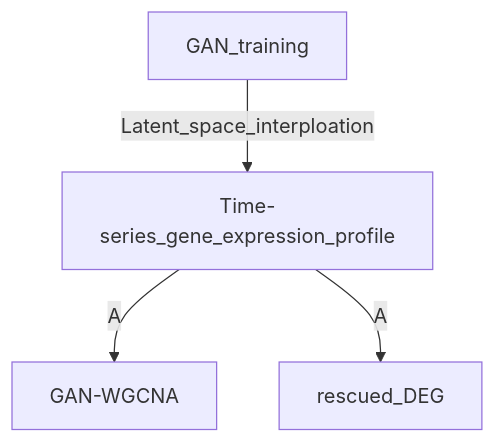
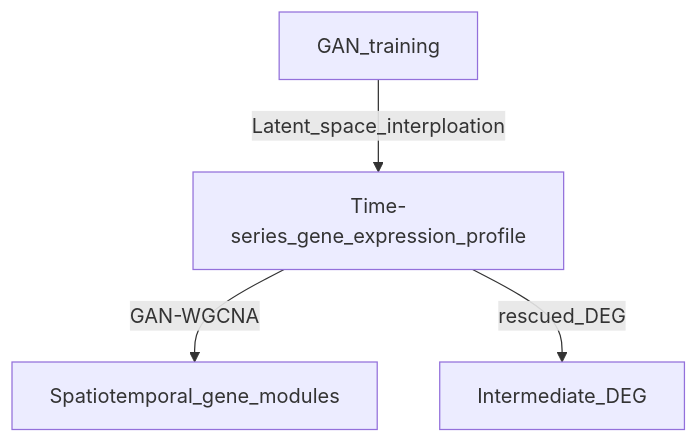
Before and after one commit to baicalin/GAN-WGCNA: the diagram in README.md, drawn with Mermaid.

````diff
--- a/README.md
+++ b/README.md
@@ -6,7 +6,7 @@
 ```mermaid
 graph TD;
     GAN_training -- Latent_space_interploation --> Time-series_gene_expression_profile;
-    Time-series_gene_expression_profile -- A --> GAN-WGCNA;
-    Time-series_gene_expression_profile -- A --> rescued_DEG;
+    Time-series_gene_expression_profile -- GAN-WGCNA --> Spatiotemporal_gene_modules;
+    Time-series_gene_expression_profile -- rescued_DEG --> Intermediate_DEG;
 
 ```
````
